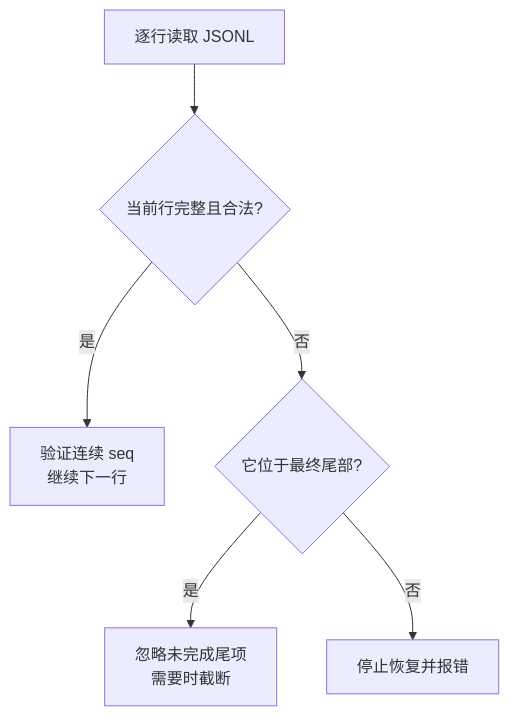
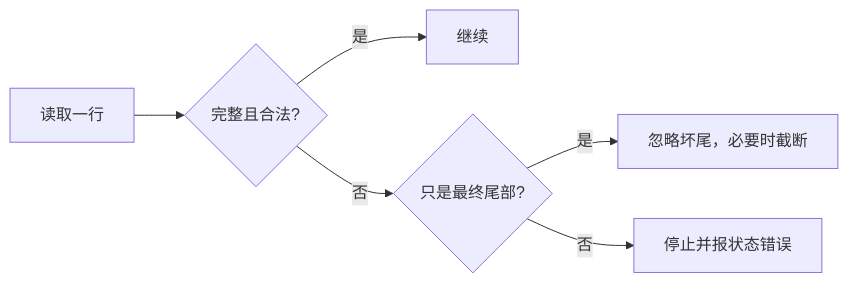
The seventh of 9 diagrams in docs/09-persistence-recovery-observability.md (Arthur999459up/GitAgent), drawn with Mermaid before and after one commit. The commit also changed other lines of this file and 15 other files, not shown here.

````diff
--- a/docs/09-persistence-recovery-observability.md
+++ b/docs/09-persistence-recovery-observability.md
@@ -414,8 +205,8 @@
 ```mermaid
-flowchart TD
-    L[逐行读取 JSONL] --> V{当前行完整且合法?}
-    V -->|是| N[验证连续 seq<br/>继续下一行]
-    V -->|否| E{它位于最终尾部?}
-    E -->|是| T[忽略未完成尾项<br/>需要时截断]
-    E -->|否| F[停止恢复并报错]
+flowchart LR
+    L[读取一行] --> V{完整且合法?}
+    V -->|是| N[继续]
+    V -->|否| T{只是最终尾部?}
+    T -->|是| I[忽略坏尾，必要时截断]
+    T -->|否| F[停止并报状态错误]
 ```
````
